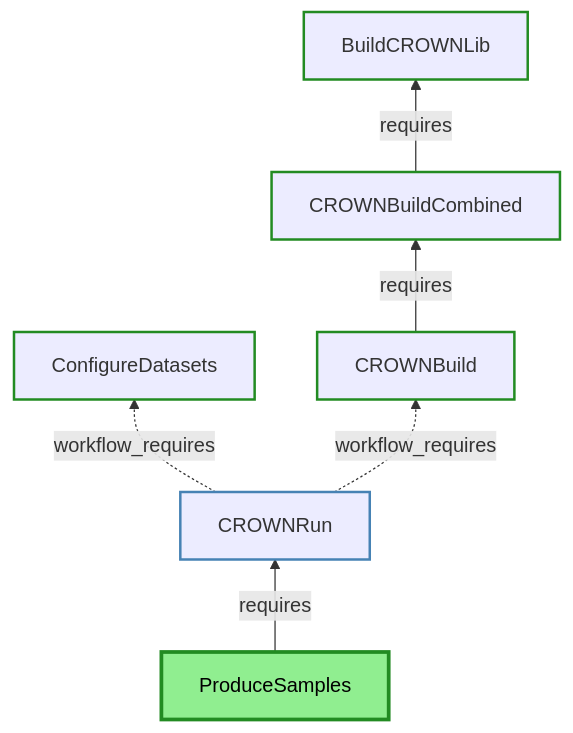
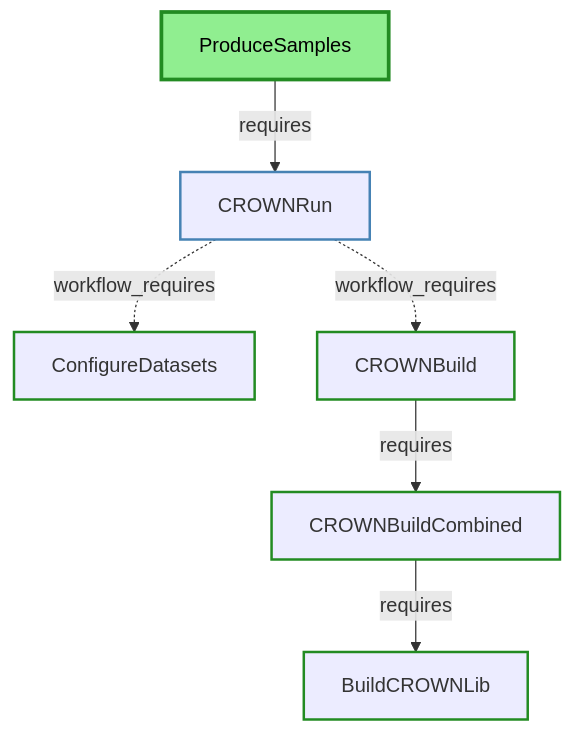
One commit to KIT-CMS/KingMaker changed the third of 4 diagrams in processor/DEPENDENCIES_DIAGRAM.md. Above: the diagram before and after it, drawn with Mermaid. The commit also changed other lines of this file and 1 other file, not shown here.

Commit message:
Improve diagramms as requested by comments

````diff
--- a/processor/DEPENDENCIES_DIAGRAM.md
+++ b/processor/DEPENDENCIES_DIAGRAM.md
@@ -92,29 +107,30 @@
 ```mermaid
-flowchart BT
+flowchart TD
   %% CROWN Ntuple Production Tasks
   ProduceSamples["ProduceSamples"]
   CROWNRun["CROWNRun"]
   ConfigureDatasets["ConfigureDatasets"]
   CROWNBuildCombined["CROWNBuildCombined"]
   CROWNBuild["CROWNBuild"]
   BuildCROWNLib["BuildCROWNLib"]
 
   %% CROWN Ntuple Production dependencies
   CROWNRun -.->|workflow_requires| ConfigureDatasets
   CROWNRun -.->|workflow_requires| CROWNBuild
   CROWNBuildCombined -->|requires| BuildCROWNLib
   CROWNBuild -->|requires| CROWNBuildCombined
   ProduceSamples -->|requires| CROWNRun
 
   %% Styling for top-level entry points
   style ProduceSamples fill:#90EE90,stroke:#228B22,stroke-width:3px,color:#000
 
   %% Styling for workflow tasks
   style CROWNRun stroke:#4682B4,stroke-width:2px
 
   %% Styling for local tasks with green border
   style ConfigureDatasets stroke:#228B22,stroke-width:2px
   style CROWNBuildCombined stroke:#228B22,stroke-width:2px
   style CROWNBuild stroke:#228B22,stroke-width:2px
   style BuildCROWNLib stroke:#228B22,stroke-width:2px
+
 ```
````
